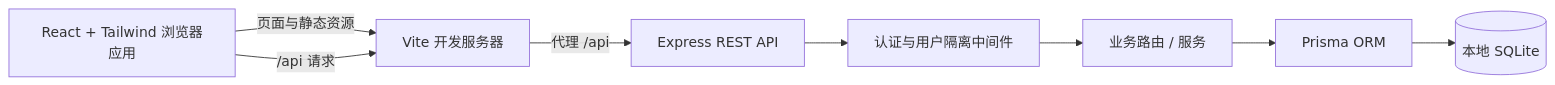
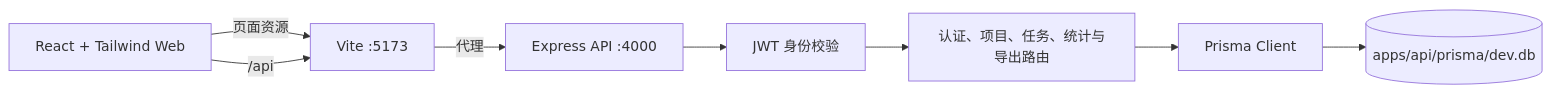
The first of 2 diagrams in ARCHITECTURE.md (shanse11/-taskpilot), drawn with Mermaid before and after one commit. The commit also changed other lines of this file and 4 other files, not shown here.

````diff
--- a/ARCHITECTURE.md
+++ b/ARCHITECTURE.md
@@ -7,10 +7,10 @@
 ```mermaid
 flowchart LR
-  Browser[React + Tailwind 浏览器应用] -->|页面与静态资源| Vite[Vite 开发服务器]
-  Browser -->|/api 请求| Vite
-  Vite -->|代理 /api| Express[Express REST API]
-  Express --> Auth[认证与用户隔离中间件]
-  Auth --> Services[业务路由 / 服务]
-  Services --> Prisma[Prisma ORM]
-  Prisma --> SQLite[(本地 SQLite)]
+  Browser[React + Tailwind Web] -->|页面资源| Vite[Vite :5173]
+  Browser -->|/api| Vite
+  Vite -->|代理| Express[Express API :4000]
+  Express --> Auth[JWT 身份校验]
+  Auth --> Routes[认证、项目、任务、统计与导出路由]
+  Routes --> Prisma[Prisma Client]
+  Prisma --> SQLite[(apps/api/prisma/dev.db)]
 ```
````
